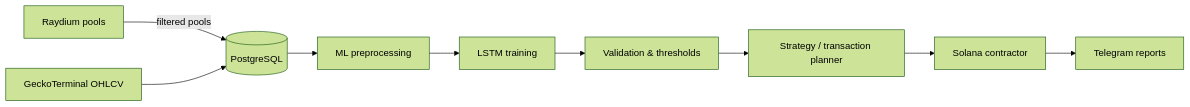
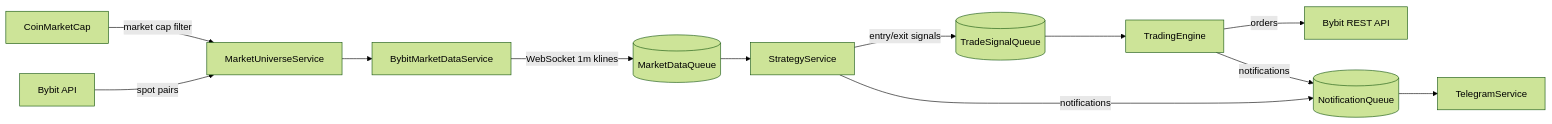
The diagram in README.md (mchomak/ByBit_bot), drawn with Mermaid (forest theme) before and after one commit. The commit also changed other lines of this file and 21 other files, not shown here.

First line of the commit message:
Refactor: Create skeleton architecture for Bybit trading bot

````diff
--- a/README.md
+++ b/README.md
@@ -44,11 +17,13 @@
 ```mermaid
 flowchart LR
-    A[Raydium pools] -->|filtered pools| B[(PostgreSQL)]
-    A2[GeckoTerminal OHLCV] --> B
-    B --> C[ML preprocessing]
-    C --> D[LSTM training]
-    D --> E[Validation & thresholds]
-    E --> F[Strategy / transaction planner]
-    F --> G[Solana contractor]
-    G --> H[Telegram reports]
+    A[CoinMarketCap] -->|market cap filter| B[MarketUniverseService]
+    C[Bybit API] -->|spot pairs| B
+    B --> D[BybitMarketDataService]
+    D -->|WebSocket 1m klines| E[(MarketDataQueue)]
+    E --> F[StrategyService]
+    F -->|entry/exit signals| G[(TradeSignalQueue)]
+    G --> H[TradingEngine]
+    H -->|orders| I[Bybit REST API]
+    F & H -->|notifications| J[(NotificationQueue)]
+    J --> K[TelegramService]
 ```
````
